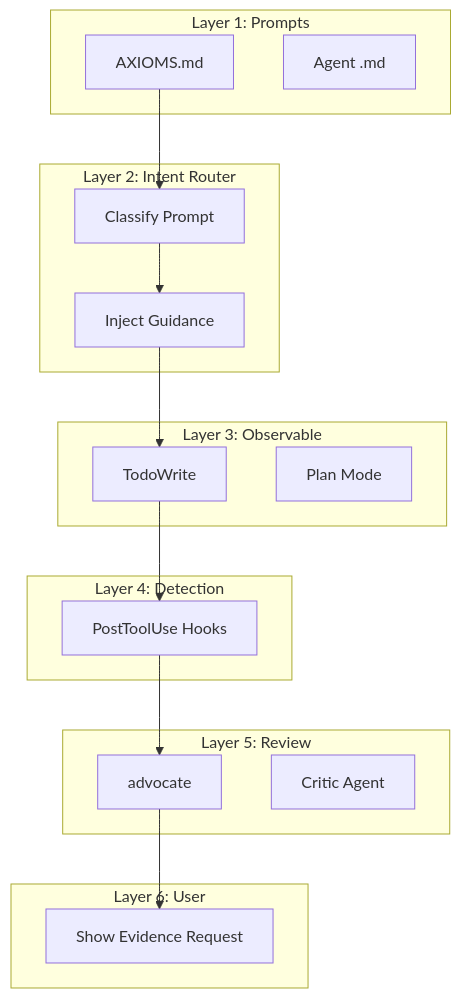
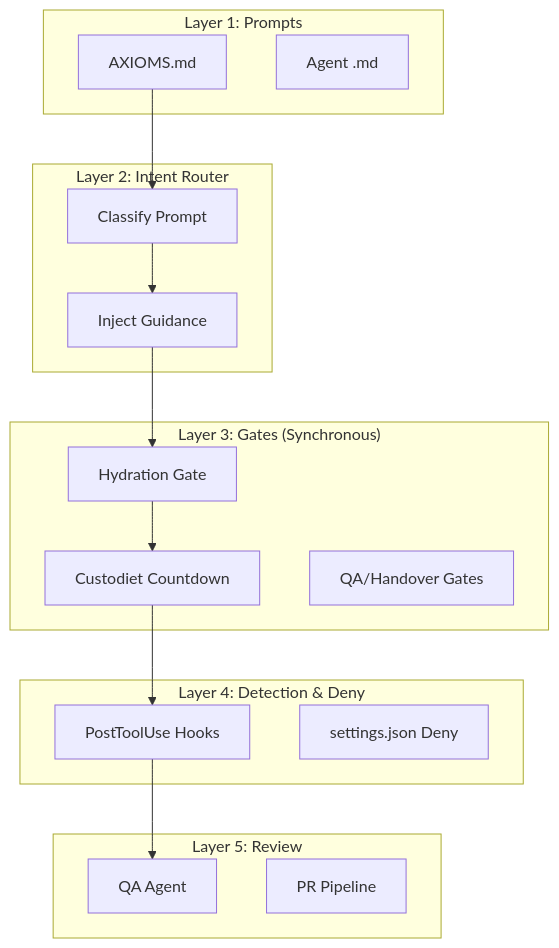
The diagram in specs/enforcement.md (nicsuzor/academicOps), drawn with Mermaid before and after one commit. The commit also changed other lines of this file, not shown here.

Commit message:
docs(spec): update enforcement spec with current architecture and user expectations [aops-47e7b177]

````diff
--- a/specs/enforcement.md
+++ b/specs/enforcement.md
@@ -28,37 +30,35 @@
 ```mermaid
 graph TD
     subgraph "Layer 1: Prompts"
         A[AXIOMS.md]
         B[Agent .md]
     end
 
     subgraph "Layer 2: Intent Router"
         D[Classify Prompt]
         E[Inject Guidance]
     end
 
-    subgraph "Layer 3: Observable"
-        F[TodoWrite]
-        G[Plan Mode]
+    subgraph "Layer 3: Gates (Synchronous)"
+        F[Hydration Gate]
+        G[Custodiet Countdown]
+        H[QA/Handover Gates]
     end
 
-    subgraph "Layer 4: Detection"
-        H[PostToolUse Hooks]
+    subgraph "Layer 4: Detection & Deny"
+        I[PostToolUse Hooks]
+        J[settings.json Deny]
     end
 
     subgraph "Layer 5: Review"
-        I[advocate]
-        J[Critic Agent]
-    end
-
-    subgraph "Layer 6: User"
-        K[Show Evidence Request]
+        K[QA Agent]
+        L[PR Pipeline]
     end
 
     A --> D
     D --> E
     E --> F
-    F --> H
-    H --> I
+    F --> G
+    G --> I
     I --> K
 ```
````
